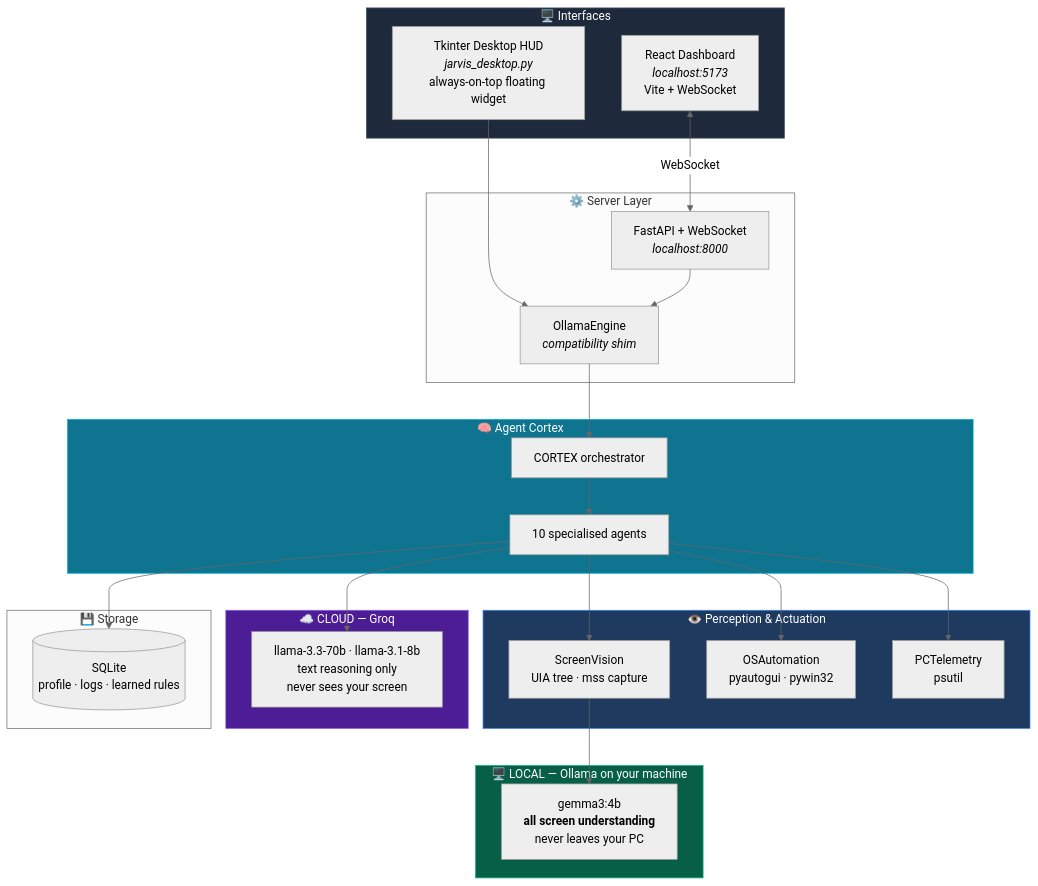
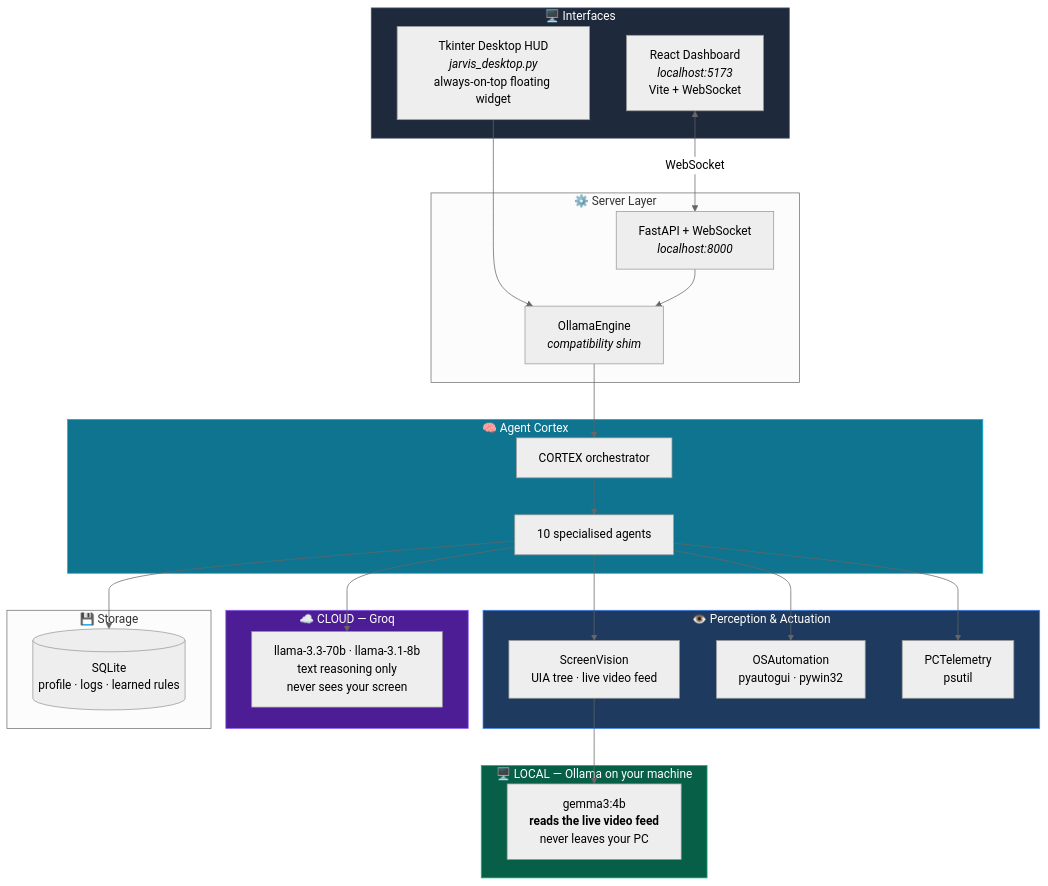
Before and after one commit to SwaRaaaj/Jarvis2.0: the first of 7 diagrams in README.md, drawn with Mermaid (neutral theme). The commit also changed other lines of this file, not shown here.

First line of the commit message:
Describe perception as a live video feed, not screenshots

````diff
--- a/README.md
+++ b/README.md
@@ -151,53 +151,53 @@
 ```mermaid
 flowchart TB
     subgraph Interfaces["🖥️  Interfaces"]
         HUD["Tkinter Desktop HUD<br/><i>jarvis_desktop.py</i><br/>always-on-top floating widget"]
         WEB["React Dashboard<br/><i>localhost:5173</i><br/>Vite + WebSocket"]
     end
 
     subgraph Server["⚙️  Server Layer"]
         API["FastAPI + WebSocket<br/><i>localhost:8000</i>"]
         ENG["OllamaEngine<br/><i>compatibility shim</i>"]
     end
 
     subgraph Brain["🧠  Agent Cortex"]
         CORTEX["CORTEX orchestrator"]
         AGENTS["10 specialised agents"]
     end
 
     subgraph Perception["👁️  Perception & Actuation"]
-        SV["ScreenVision<br/>UIA tree · mss capture"]
+        SV["ScreenVision<br/>UIA tree · live video feed"]
         OS["OSAutomation<br/>pyautogui · pywin32"]
         TEL["PCTelemetry<br/>psutil"]
     end
 
     subgraph Local["🖥️  LOCAL — Ollama on your machine"]
-        OLLAMA["gemma3:4b<br/><b>all screen understanding</b><br/>never leaves your PC"]
+        OLLAMA["gemma3:4b<br/><b>reads the live video feed</b><br/>never leaves your PC"]
     end
 
     subgraph Cloud["☁️  CLOUD — Groq"]
         GROQ["llama-3.3-70b · llama-3.1-8b<br/>text reasoning only<br/>never sees your screen"]
     end
 
     subgraph Storage["💾  Storage"]
         DB[("SQLite<br/>profile · logs · learned rules")]
     end
 
     HUD --> ENG
     WEB <-->|WebSocket| API
     API --> ENG
     ENG --> CORTEX
     CORTEX --> AGENTS
     AGENTS --> SV
     AGENTS --> OS
     AGENTS --> TEL
     AGENTS --> GROQ
     SV --> OLLAMA
     AGENTS --> DB
 
     style Brain fill:#0e7490,stroke:#06b6d4,color:#fff
     style Interfaces fill:#1e293b,stroke:#475569,color:#fff
     style Local fill:#065f46,stroke:#10b981,color:#fff
     style Cloud fill:#4c1d95,stroke:#8b5cf6,color:#fff
     style Perception fill:#1e3a5f,stroke:#3b82f6,color:#fff
 ```
````
